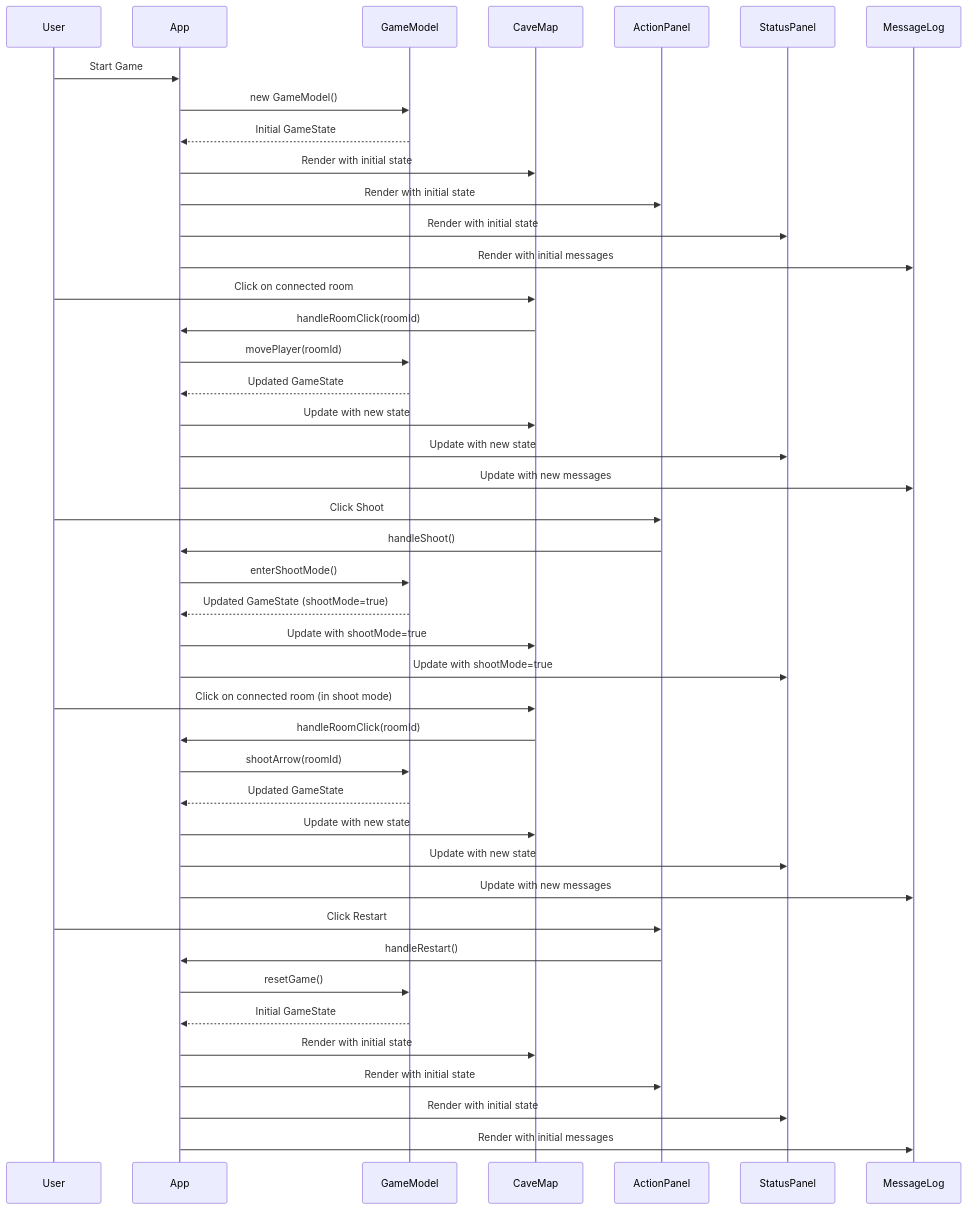
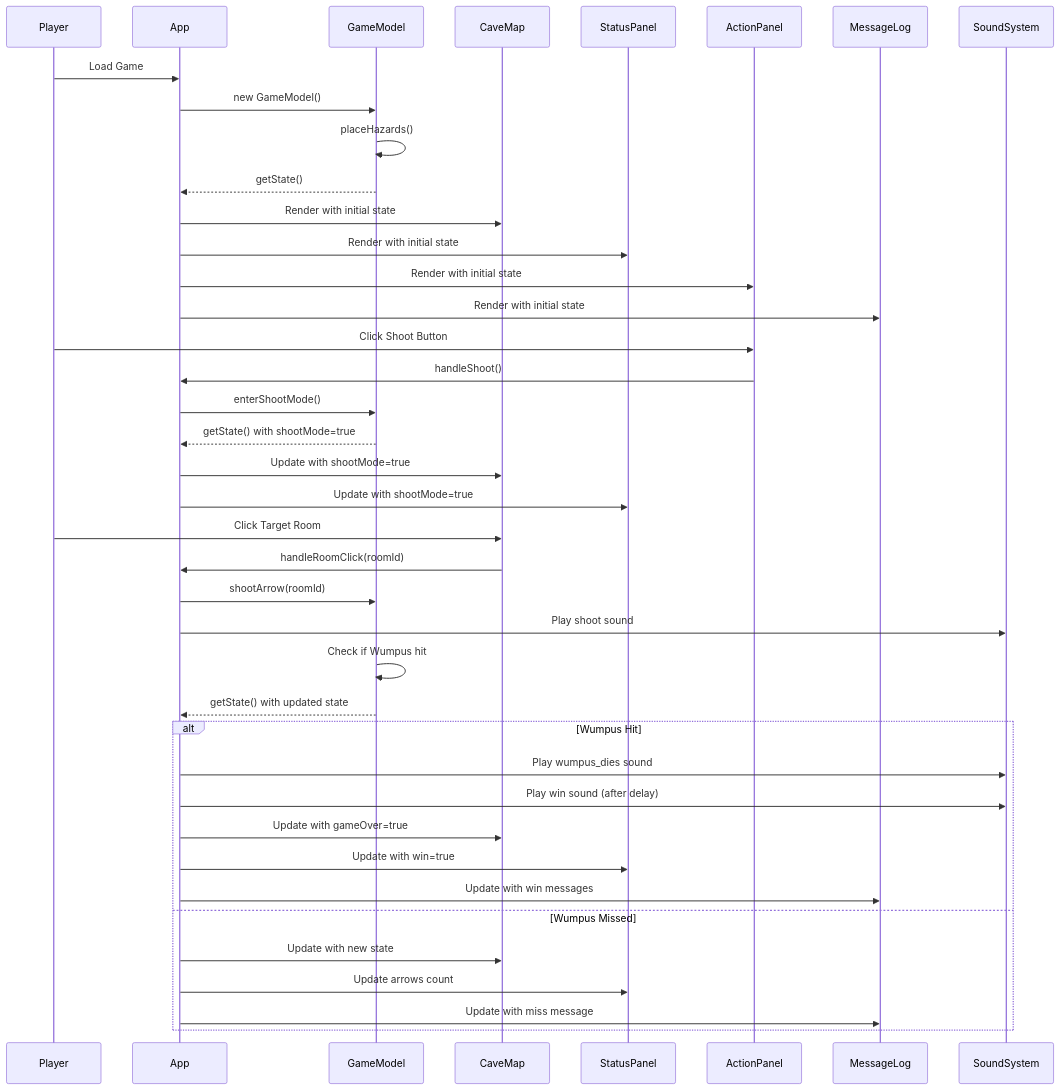
The fourth of 6 diagrams in doc/SPECIFICATION.md (rpurser47/wumpus), drawn with Mermaid before and after one commit. The commit also changed other lines of this file, not shown here.

Commit message:
Add comprehensive SPECIFICATION.md with game architecture and implementation details

````diff
--- a/doc/SPECIFICATION.md
+++ b/doc/SPECIFICATION.md
@@ -259,50 +239,46 @@
 ```mermaid
 sequenceDiagram
-    participant User
+    participant Player
     participant App
     participant GameModel
     participant CaveMap
+    participant StatusPanel
     participant ActionPanel
-    participant StatusPanel
     participant MessageLog
+    participant SoundSystem
 
-    User->>App: Start Game
+    Player->>App: Load Game
     App->>GameModel: new GameModel()
-    GameModel-->>App: Initial GameState
+    GameModel->>GameModel: placeHazards()
+    GameModel-->>App: getState()
     App->>CaveMap: Render with initial state
+    App->>StatusPanel: Render with initial state
     App->>ActionPanel: Render with initial state
-    App->>StatusPanel: Render with initial state
-    App->>MessageLog: Render with initial messages
+    App->>MessageLog: Render with initial state
 
-    User->>CaveMap: Click on connected room
-    CaveMap->>App: handleRoomClick(roomId)
-    App->>GameModel: movePlayer(roomId)
-    GameModel-->>App: Updated GameState
-    App->>CaveMap: Update with new state
-    App->>StatusPanel: Update with new state
-    App->>MessageLog: Update with new messages
-
-    User->>ActionPanel: Click Shoot
+    Player->>ActionPanel: Click Shoot Button
     ActionPanel->>App: handleShoot()
     App->>GameModel: enterShootMode()
-    GameModel-->>App: Updated GameState (shootMode=true)
+    GameModel-->>App: getState() with shootMode=true
     App->>CaveMap: Update with shootMode=true
     App->>StatusPanel: Update with shootMode=true
 
-    User->>CaveMap: Click on connected room (in shoot mode)
+    Player->>CaveMap: Click Target Room
     CaveMap->>App: handleRoomClick(roomId)
     App->>GameModel: shootArrow(roomId)
-    GameModel-->>App: Updated GameState
-    App->>CaveMap: Update with new state
-    App->>StatusPanel: Update with new state
-    App->>MessageLog: Update with new messages
+    App->>SoundSystem: Play shoot sound
+    GameModel->>GameModel: Check if Wumpus hit
+    GameModel-->>App: getState() with updated state
 
-    User->>ActionPanel: Click Restart
-    ActionPanel->>App: handleRestart()
-    App->>GameModel: resetGame()
-    GameModel-->>App: Initial GameState
-    App->>CaveMap: Render with initial state
-    App->>ActionPanel: Render with initial state
-    App->>StatusPanel: Render with initial state
-    App->>MessageLog: Render with initial messages
+    alt Wumpus Hit
+        App->>SoundSystem: Play wumpus_dies sound
+        App->>SoundSystem: Play win sound (after delay)
+        App->>CaveMap: Update with gameOver=true
+        App->>StatusPanel: Update with win=true
+        App->>MessageLog: Update with win messages
+    else Wumpus Missed
+        App->>CaveMap: Update with new state
+        App->>StatusPanel: Update arrows count
+        App->>MessageLog: Update with miss message
+    end
 ```
````
